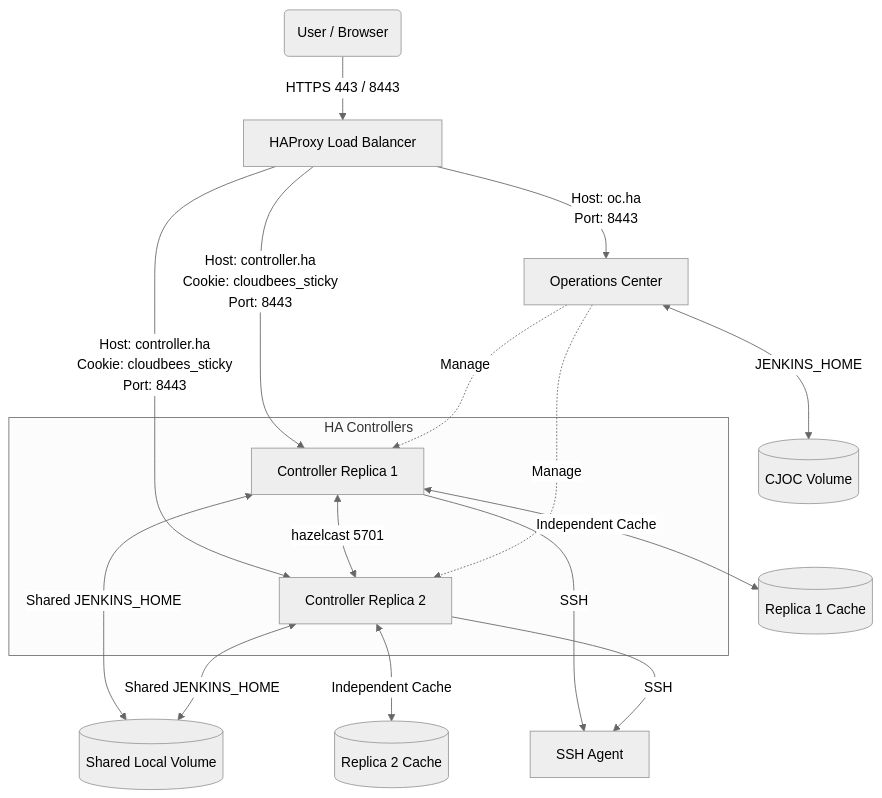
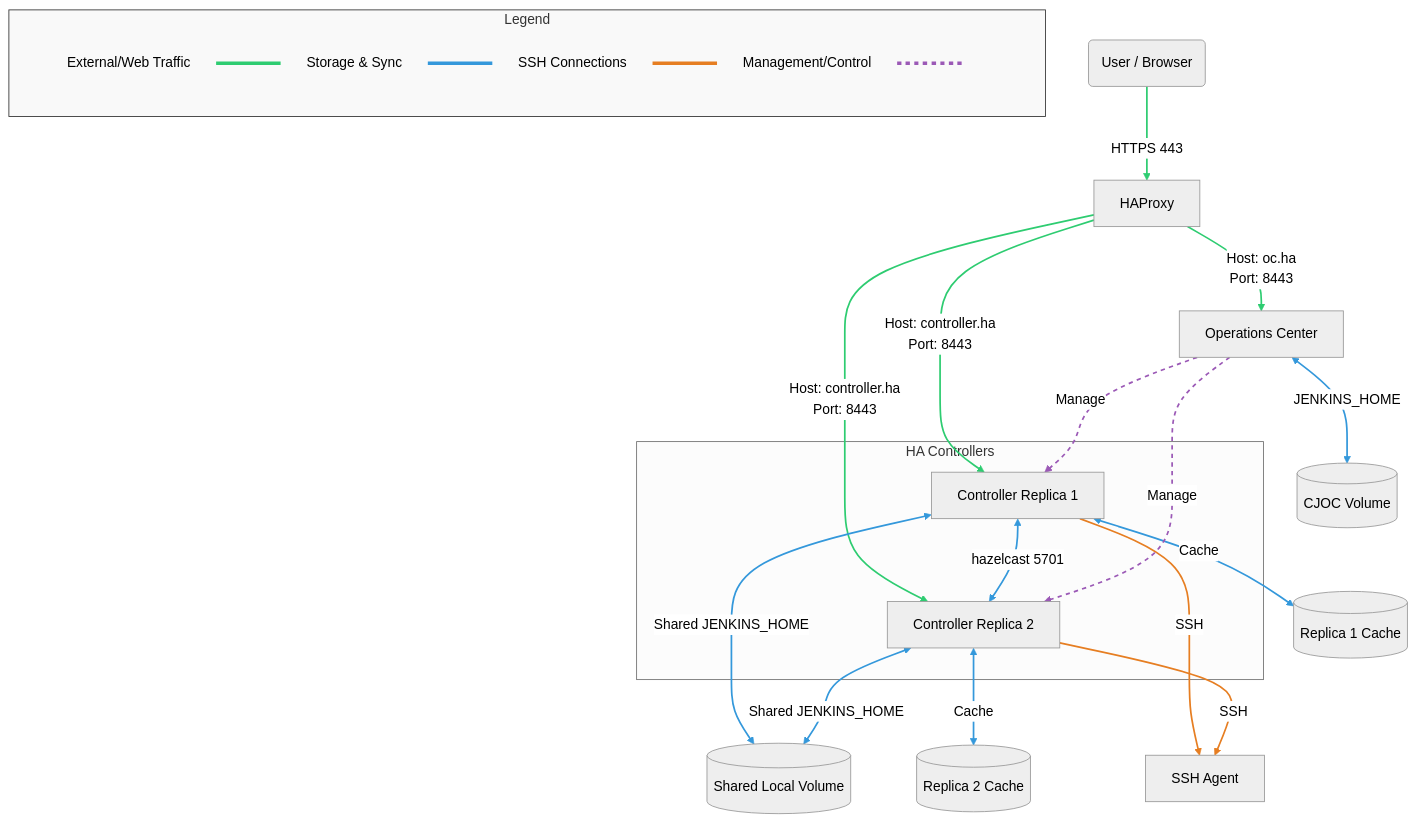
One commit to cb-ci/ci-traditional-ha changed the second of 3 diagrams in README.md. Above: the diagram before and after it, drawn with Mermaid (neutral theme). The commit also changed other lines of this file, not shown here.

Commit message:
feat: Enhance Mermaid diagrams with a new legend and link styling, and simplify node labels.

````diff
--- a/README.md
+++ b/README.md
@@ -71,29 +97,52 @@
 ```mermaid
 graph TD
-    Client(User / Browser) -->|HTTPS 443 / 8443| HAProxy[HAProxy Load Balancer]
-    
+    Client(User / Browser) -->|HTTPS 443| HAProxy[HAProxy]
     HAProxy -->|Host: oc.ha<br>Port: 8443| CJOC[Operations Center]
     
     subgraph HA_Controllers ["HA Controllers"]
         Controller1[Controller Replica 1]
         Controller2[Controller Replica 2]
     end
     
-    HAProxy -->|Host: controller.ha<br>Cookie: cloudbees_sticky<br>Port: 8443| Controller1
-    HAProxy -->|Host: controller.ha<br>Cookie: cloudbees_sticky<br>Port: 8443| Controller2
+    HAProxy -->|Host: controller.ha<br>Port: 8443| Controller1
+    HAProxy -->|Host: controller.ha<br>Port: 8443| Controller2
     
     CJOC <-->|JENKINS_HOME| CJOCHome[(CJOC Volume)]
     Controller1 <-->|Shared JENKINS_HOME| JenkinsHome[(Shared Local Volume)]
     Controller2 <-->|Shared JENKINS_HOME| JenkinsHome
     
     Controller1 <-->|hazelcast 5701| Controller2
-    Controller1 <-->|Independent Cache| Cache1[(Replica 1 Cache)]
-    Controller2 <-->|Independent Cache| Cache2[(Replica 2 Cache)]
+    Controller1 <-->|Cache| Cache1[(Replica 1 Cache)]
+    Controller2 <-->|Cache| Cache2[(Replica 2 Cache)]
     
     Controller1 -->|SSH| SSHAgent[SSH Agent]
     Controller2 -->|SSH| SSHAgent
     
-
     CJOC -.->|Manage| Controller1
     CJOC -.->|Manage| Controller2
+
+    %% Legend Subgraph
+    subgraph Legend
+        L1[External/Web Traffic] --- L2[Storage & Sync] --- L3[SSH Connections] --- L4[Management/Control] --- L5[ ]
+    end
+
+    %% Apply Styles to Diagram
+    linkStyle 0,1,2,3 stroke:#2ecc71,stroke-width:2px;          
+    linkStyle 4,5,6,7,8,9 stroke:#3498db,stroke-width:2px;    
+    linkStyle 10,11 stroke:#e67e22,stroke-width:2px;          
+    linkStyle 12,13 stroke:#9b59b6,stroke-width:2px,stroke-dasharray: 5 5;
+
+    %% Apply Styles to Legend Lines
+    linkStyle 14 stroke:#2ecc71,stroke-width:4px;
+    linkStyle 15 stroke:#3498db,stroke-width:4px;
+    linkStyle 16 stroke:#e67e22,stroke-width:4px;
+    linkStyle 17 stroke:#9b59b6,stroke-width:4px,stroke-dasharray: 5 5;
+    
+    %% Make Legend nodes look like simple labels
+    style Legend fill:#f9f9f9,stroke:#333,stroke-width:1px
+    style L1 fill:none,stroke:none
+    style L2 fill:none,stroke:none
+    style L3 fill:none,stroke:none
+    style L4 fill:none,stroke:none
+    style L5 fill:none,stroke:none
 ```
````
